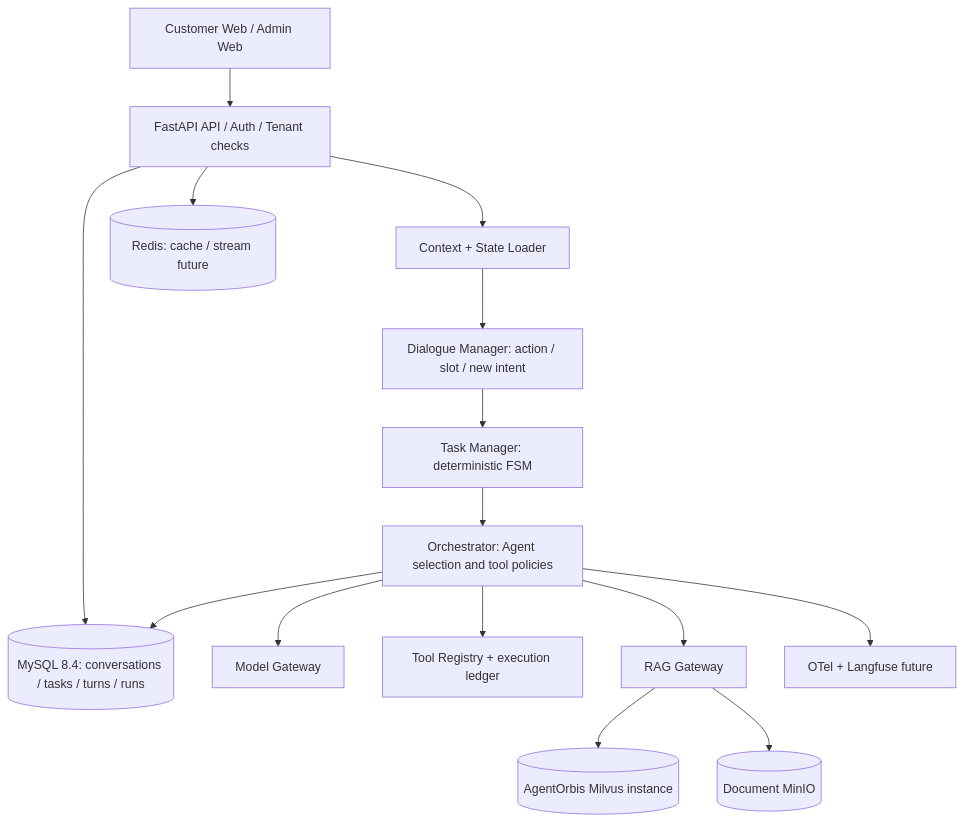
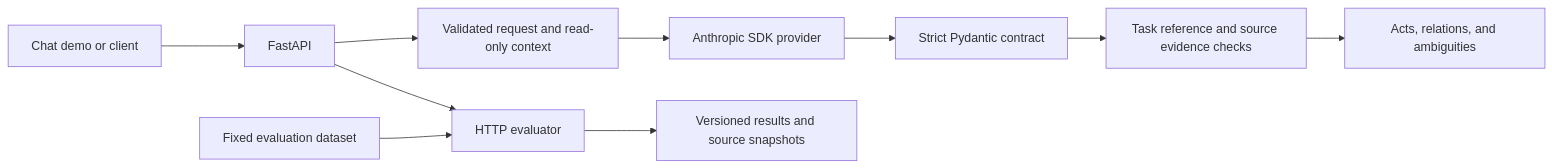
Before and after one commit to Acxxxq/agentdesk: the diagram in docs/ARCHITECTURE.md, drawn with Mermaid. The commit also changed other lines of this file and 127 other files, not shown here.

````diff
--- a/docs/ARCHITECTURE.md
+++ b/docs/ARCHITECTURE.md
@@ -3,17 +7,12 @@
 ```mermaid
-flowchart TD
-    UI[Customer Web / Admin Web] --> API[FastAPI API / Auth / Tenant checks]
-    API --> STORE[(MySQL 8.4: conversations / tasks / turns / runs)]
-    API --> CTX[Context + State Loader]
-    CTX --> DM[Dialogue Manager: action / slot / new intent]
-    DM --> TM[Task Manager: deterministic FSM]
-    TM --> ORCH[Orchestrator: Agent selection and tool policies]
-    ORCH --> LLM[Model Gateway]
-    ORCH --> TOOLS[Tool Registry + execution ledger]
-    ORCH --> RAG[RAG Gateway]
-    RAG --> MILVUS[(AgentOrbis Milvus instance)]
-    RAG --> OBJ[(Document MinIO)]
-    ORCH --> STORE
-    API --> REDIS[(Redis: cache / stream future)]
-    ORCH --> OTEL[OTel + Langfuse future]
+flowchart LR
+    UI[Chat demo or client] --> API[FastAPI]
+    API --> REQ[Validated request and read-only context]
+    REQ --> LLM[Anthropic SDK provider]
+    LLM --> CONTRACT[Strict Pydantic contract]
+    CONTRACT --> EVIDENCE[Task reference and source evidence checks]
+    EVIDENCE --> RESULT[Acts, relations, and ambiguities]
+    DATA[Fixed evaluation dataset] --> EVAL[HTTP evaluator]
+    API --> EVAL
+    EVAL --> RECORD[Versioned results and source snapshots]
 ```
````
